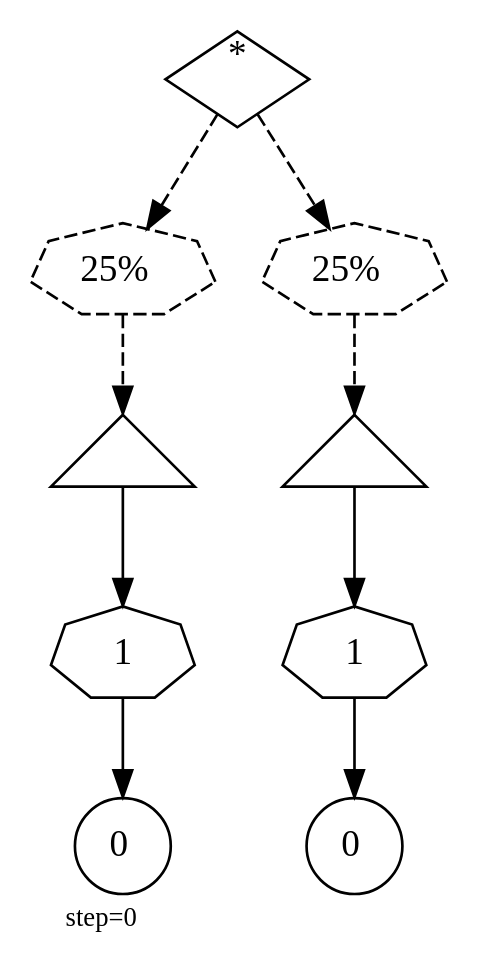
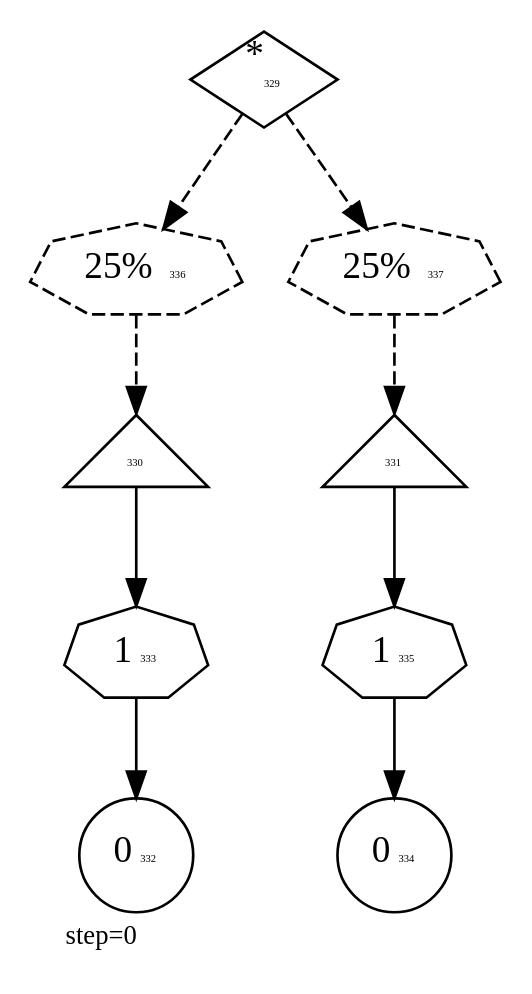
The diagram in ours/101-objects/0044.dot (abarbu/machinations), drawn with Graphviz before and after one commit. The commit also changed 824 other files, not shown here.

```diff
--- a/ours/101-objects/0044.dot
+++ b/ours/101-objects/0044.dot
@@ -1,20 +1,20 @@
 digraph {
   graph  [labelloc=bottom,labeljust=left,fontsize="10",label="step=0"];
-  "329" [shape=diamond,peripheries="1",label=<<SUP>*</SUP>>,labelfontcolor=black,color=black];
-  "330" [shape=triangle,peripheries="1",label="",labelfontcolor=black,color=black];
-  "331" [shape=triangle,peripheries="1",label="",labelfontcolor=black,color=black];
-  "332" [shape=circle,peripheries="1",label=<0>,labelfontcolor=black,color=black];
-  "334" [shape=circle,peripheries="1",label=<0>,labelfontcolor=black,color=black];
-  "333" [label=<1>,peripheries="1",color=black,shape=septagon];
+  "329" [shape=diamond,peripheries="1",label=<<SUP>*</SUP><FONT POINT-SIZE='4'>329</FONT>>,labelfontcolor=black,color=black];
+  "330" [shape=triangle,peripheries="1",label=<<FONT POINT-SIZE='4'>330</FONT>>,labelfontcolor=black,color=black];
+  "331" [shape=triangle,peripheries="1",label=<<FONT POINT-SIZE='4'>331</FONT>>,labelfontcolor=black,color=black];
+  "332" [shape=circle,peripheries="1",label=<0<FONT POINT-SIZE='4'>332</FONT>>,labelfontcolor=black,color=black];
+  "334" [shape=circle,peripheries="1",label=<0<FONT POINT-SIZE='4'>334</FONT>>,labelfontcolor=black,color=black];
+  "333" [label=<1<FONT POINT-SIZE='4'>333</FONT>>,peripheries="1",color=black,shape=septagon];
   "330" -> "333" [color=black];
   "333" -> "332" [color=black];
-  "335" [label=<1>,peripheries="1",color=black,shape=septagon];
+  "335" [label=<1<FONT POINT-SIZE='4'>335</FONT>>,peripheries="1",color=black,shape=septagon];
   "331" -> "335" [color=black];
   "335" -> "334" [color=black];
-  "336" [label=<25%>,peripheries="1",color=black,style=dashed,shape=septagon];
+  "336" [label=<25%<FONT POINT-SIZE='4'>336</FONT>>,peripheries="1",color=black,style=dashed,shape=septagon];
   "329" -> "336" [style=dashed,color=black];
   "336" -> "330" [style=dashed,color=black];
-  "337" [label=<25%>,peripheries="1",color=black,style=dashed,shape=septagon];
+  "337" [label=<25%<FONT POINT-SIZE='4'>337</FONT>>,peripheries="1",color=black,style=dashed,shape=septagon];
   "329" -> "337" [style=dashed,color=black];
   "337" -> "331" [style=dashed,color=black];
 }
```
